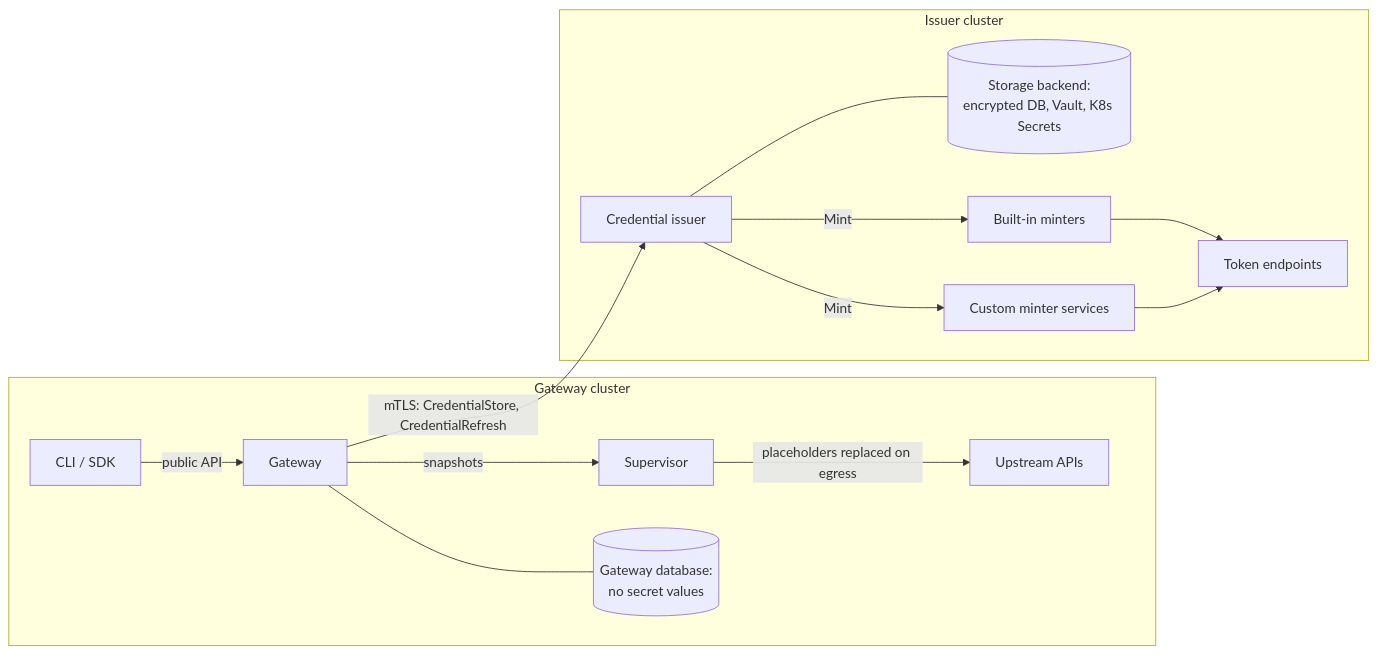
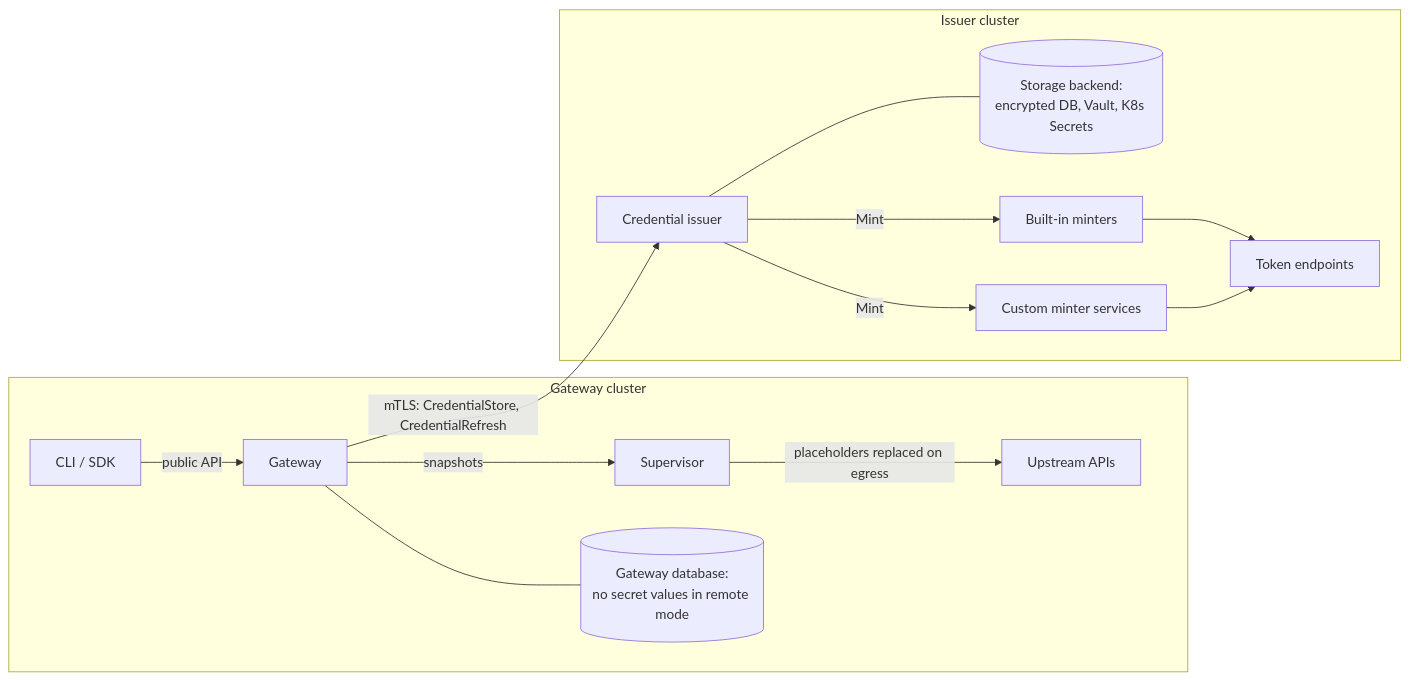
One commit to NVIDIA/OpenShell changed the diagram in rfc/0023-credential-issuer-service/README.md. Above: the diagram before and after it, drawn with Mermaid. The commit also changed other lines of this file, not shown here.

````diff
--- a/rfc/0023-credential-issuer-service/README.md
+++ b/rfc/0023-credential-issuer-service/README.md
@@ -117,18 +117,18 @@
 ```mermaid
 graph LR
     subgraph Gateway cluster
         CLI[CLI / SDK] -->|public API| GW[Gateway]
         GW -->|snapshots| SUP[Supervisor]
         SUP -->|placeholders replaced on egress| UP[Upstream APIs]
-        GW --- GWDB[(Gateway database:<br/>no secret values)]
+        GW --- GWDB[(Gateway database:<br/>no secret values in remote mode)]
     end
     subgraph Issuer cluster
         ISS[Credential issuer]
         ISS --- BACKEND[(Storage backend:<br/>encrypted DB, Vault, K8s Secrets)]
         ISS -->|Mint| BUILTIN[Built-in minters]
         ISS -->|Mint| CUSTOM[Custom minter services]
         BUILTIN --> IDP[Token endpoints]
         CUSTOM --> IDP
     end
     GW -->|"mTLS: CredentialStore, CredentialRefresh"| ISS
 ```
````
